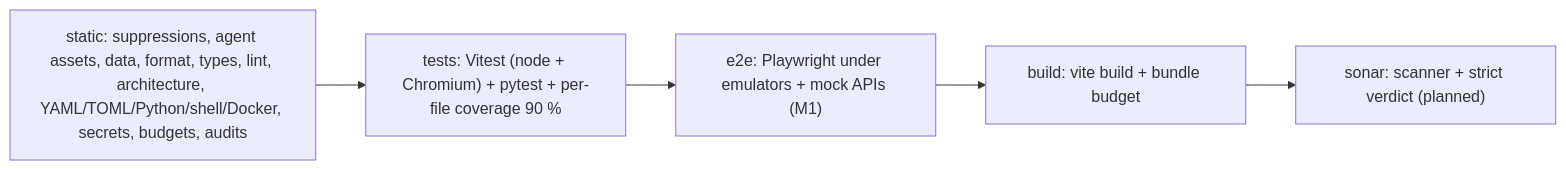
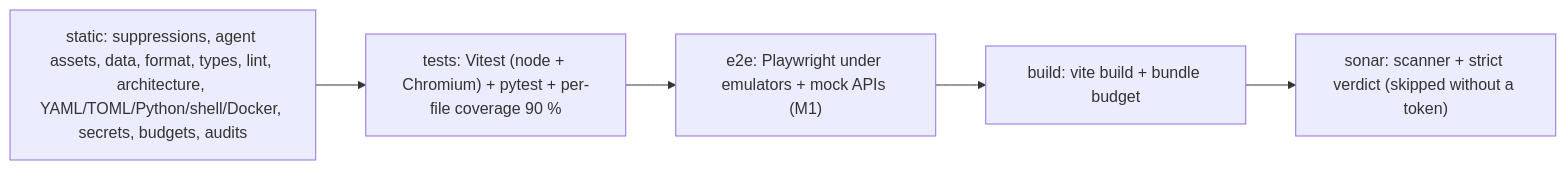
The diagram in .agent/skills/quality/ci_quality_gates_skill.md (ventura8/bucurestiuldisparut.github.io), drawn with Mermaid before and after one commit. The commit also changed other lines of this file and 197 other files, not shown here.

First line of the commit message:
feat(shared): M1 contracts - manifest v1 schemas, geo, hash codec, legacy migration

````diff
--- a/.agent/skills/quality/ci_quality_gates_skill.md
+++ b/.agent/skills/quality/ci_quality_gates_skill.md
@@ -5,7 +5,7 @@
 ```mermaid
 flowchart LR
     S["static: suppressions, agent assets, data, format, types, lint, architecture, YAML/TOML/Python/shell/Docker, secrets, budgets, audits"] --> T["tests: Vitest (node + Chromium) + pytest + per-file coverage 90 %"]
     T --> E["e2e: Playwright under emulators + mock APIs (M1)"]
     E --> B["build: vite build + bundle budget"]
-    B --> SO["sonar: scanner + strict verdict (planned)"]
+    B --> SO["sonar: scanner + strict verdict (skipped without a token)"]
 ```
````
